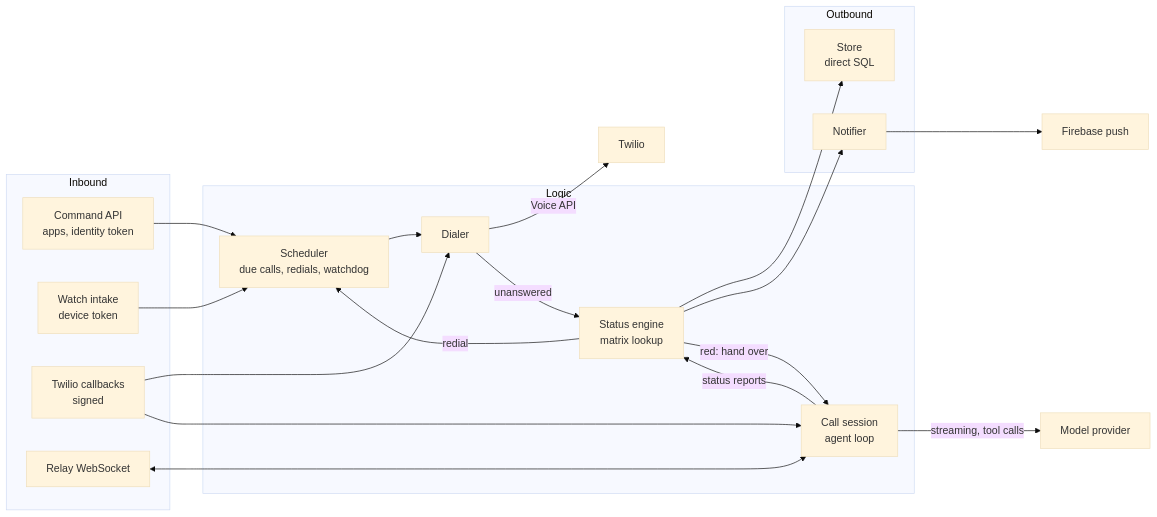
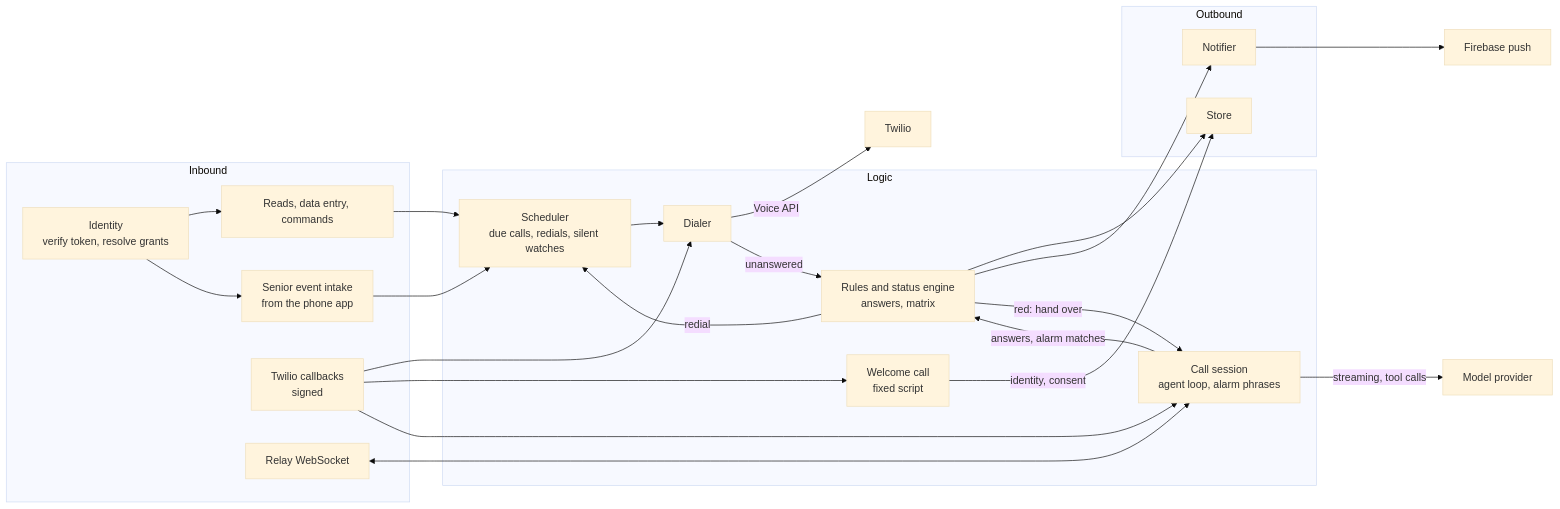
Before and after one commit to paulhondola/EchoCare: the third of 3 diagrams in docs/specs/sentinela/01-architecture.md, drawn with Mermaid (base theme). The commit also changed other lines of this file and 6 other files, not shown here.

First line of the commit message:
Revise Sentinela MVP architecture and rules

````diff
--- a/docs/specs/sentinela/01-architecture.md
+++ b/docs/specs/sentinela/01-architecture.md
@@ -196,41 +177,47 @@
 ```mermaid
 flowchart LR
     subgraph INB["Inbound"]
-        CMD["Command API<br/>apps, identity token"]
-        INT["Watch intake<br/>device token"]
+        AUTHM["Identity<br/>verify token, resolve grants"]
+        API["Reads, data entry, commands"]
+        INT["Senior event intake<br/>from the phone app"]
         HOOK["Twilio callbacks<br/>signed"]
         WS["Relay WebSocket"]
     end
 
     subgraph LOGIC["Logic"]
-        SCHED["Scheduler<br/>due calls, redials, watchdog"]
+        SCHED["Scheduler<br/>due calls, redials, silent watches"]
         DIAL["Dialer"]
-        SESS["Call session<br/>agent loop"]
-        ENG["Status engine<br/>matrix lookup"]
+        WEL["Welcome call<br/>fixed script"]
+        SESS["Call session<br/>agent loop, alarm phrases"]
+        ENG["Rules and status engine<br/>answers, matrix"]
     end
 
     subgraph OUTB["Outbound"]
         NOTIF["Notifier"]
-        STORE["Store<br/>direct SQL"]
+        STORE["Store"]
     end
 
     TWILIO["Twilio"]
     MODEL["Model provider"]
     PUSH["Firebase push"]
 
-    CMD --> SCHED
+    AUTHM --> API
+    AUTHM --> INT
+    API --> SCHED
     INT --> SCHED
     SCHED --> DIAL
     DIAL -->|"Voice API"| TWILIO
     HOOK --> DIAL
+    HOOK --> WEL
     HOOK --> SESS
     WS <--> SESS
     SESS -->|"streaming, tool calls"| MODEL
-    SESS -->|"status reports"| ENG
+    SESS -->|"answers, alarm matches"| ENG
+    WEL -->|"identity, consent"| STORE
     DIAL -->|"unanswered"| ENG
     ENG --> STORE
     ENG --> NOTIF
     NOTIF --> PUSH
     ENG -->|"red: hand over"| SESS
     ENG -->|"redial"| SCHED
 ```
````
